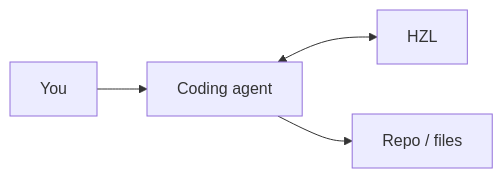
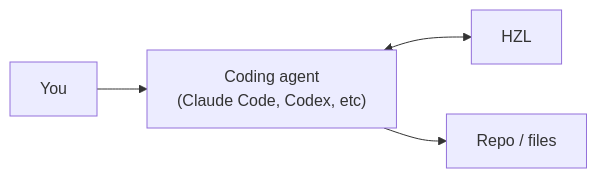
The third of 5 diagrams in packages/hzl-cli/README.md (tmchow/hzl), drawn with Mermaid before and after one commit. The commit also changed other lines of this file and 3 other files, not shown here.

````diff
--- a/packages/hzl-cli/README.md
+++ b/packages/hzl-cli/README.md
@@ -83,6 +83,6 @@
 ```mermaid
 flowchart LR
-  U[You] --> A[Coding agent]
+  U[You] --> A["Coding agent<br>(Claude Code, Codex, etc)"]
   A <--> HZL
   A --> R[Repo / files]
 ```
````
